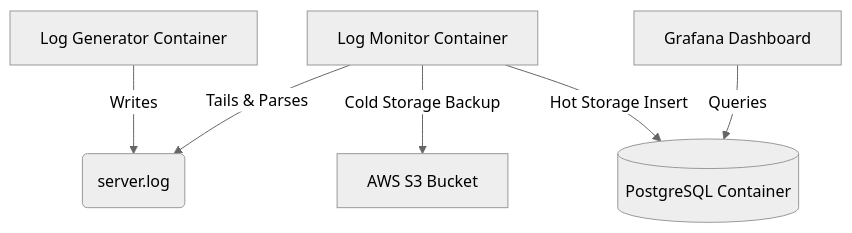
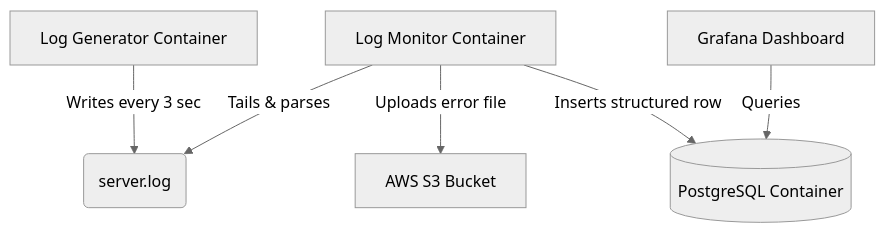
One commit to bishwajeetdutta/cloud-log-observability changed the diagram in README.md. Above: the diagram before and after it, drawn with Mermaid (neutral theme). The commit also changed other lines of this file, not shown here.

````diff
--- a/README.md
+++ b/README.md
@@ -14,8 +41,8 @@
 ```mermaid
 graph TD
-    A[Log Generator Container] -->|Writes| B(server.log)
-    C[Log Monitor Container] -->|Tails & Parses| B
-    C -->|Cold Storage Backup| D[AWS S3 Bucket]
-    C -->|Hot Storage Insert| E[(PostgreSQL Container)]
+    A[Log Generator Container] -->|Writes every 3 sec| B(server.log)
+    C[Log Monitor Container] -->|Tails & parses| B
+    C -->|Uploads error file| D[AWS S3 Bucket]
+    C -->|Inserts structured row| E[(PostgreSQL Container)]
     F[Grafana Dashboard] -->|Queries| E
 ```
````
